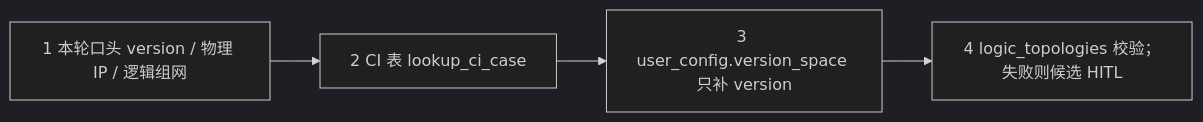
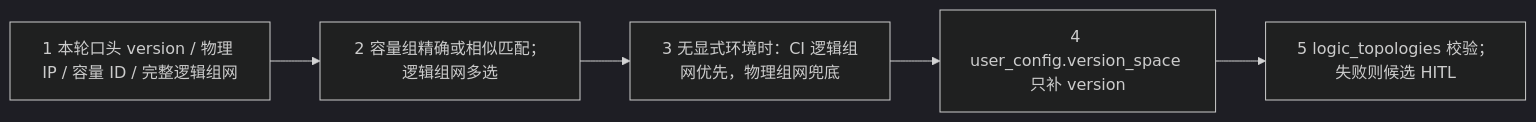
The first of 5 diagrams in docs/architecture.md (LuukkaToT/work_agent), drawn with Mermaid (dark theme) before and after one commit. The commit also changed other lines of this file and 32 other files, not shown here.

````diff
--- a/docs/architecture.md
+++ b/docs/architecture.md
@@ -85,6 +87,7 @@
 ```mermaid
 flowchart LR
-  A["1 本轮口头 version / 物理 IP / 逻辑组网"] --> B["2 CI 表 lookup_ci_case"]
-  B --> C["3 user_config.version_space 只补 version"]
-  C --> D["4 logic_topologies 校验；失败则候选 HITL"]
+  A["1 本轮口头 version / 物理 IP / 容量 ID / 完整逻辑组网"] --> B["2 容量组精确或相似匹配；逻辑组网多选"]
+  B --> C["3 无显式环境时：CI 逻辑组网优先，物理组网兜底"]
+  C --> D["4 user_config.version_space 只补 version"]
+  D --> E["5 logic_topologies 校验；失败则候选 HITL"]
 ```
````
